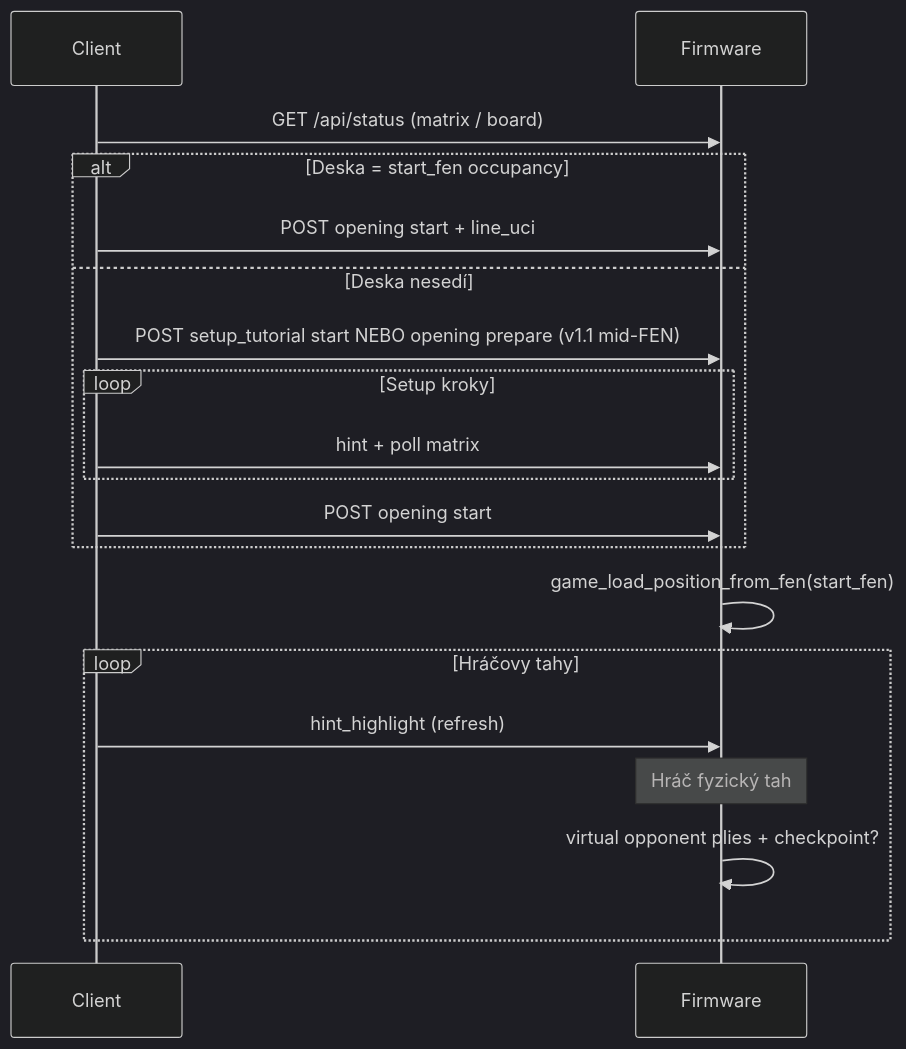
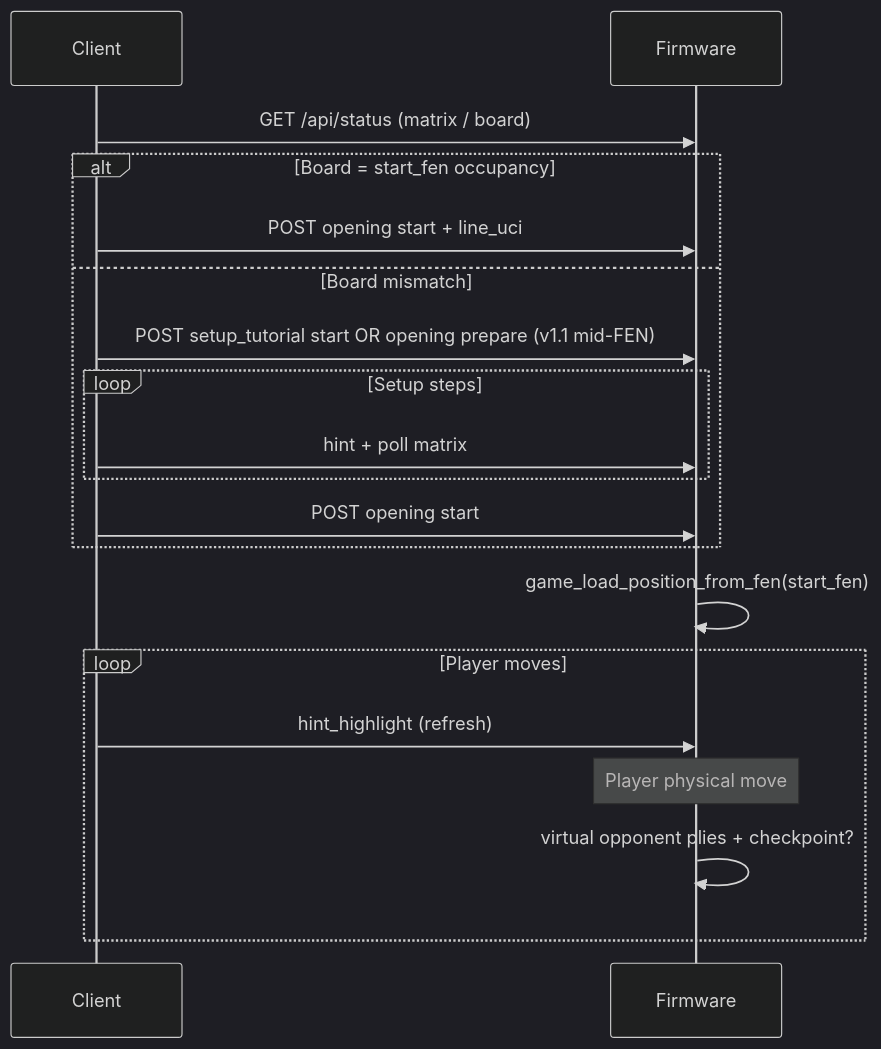
The fifth of 6 diagrams in docs/reference/OPENING_TRAINING_PLAN.md (AlfredKrutina/chess_esp32_c6_devkit), drawn with Mermaid (dark theme) before and after one commit. The commit also changed other lines of this file and 372 other files, not shown here.

````diff
--- a/docs/reference/OPENING_TRAINING_PLAN.md
+++ b/docs/reference/OPENING_TRAINING_PLAN.md
@@ -874,22 +874,22 @@
 ```mermaid
 sequenceDiagram
   participant C as Client
   participant F as Firmware
 
   C->>F: GET /api/status (matrix / board)
-  alt Deska = start_fen occupancy
+  alt Board = start_fen occupancy
     C->>F: POST opening start + line_uci
-  else Deska nesedí
-    C->>F: POST setup_tutorial start NEBO opening prepare (v1.1 mid-FEN)
-    loop Setup kroky
+  else Board mismatch
+    C->>F: POST setup_tutorial start OR opening prepare (v1.1 mid-FEN)
+    loop Setup steps
       C->>F: hint + poll matrix
     end
     C->>F: POST opening start
   end
   F->>F: game_load_position_from_fen(start_fen)
-  loop Hráčovy tahy
+  loop Player moves
     C->>F: hint_highlight (refresh)
-    Note over F: Hráč fyzický tah
+    Note over F: Player physical move
     F->>F: virtual opponent plies + checkpoint?
   end
 ```
````
